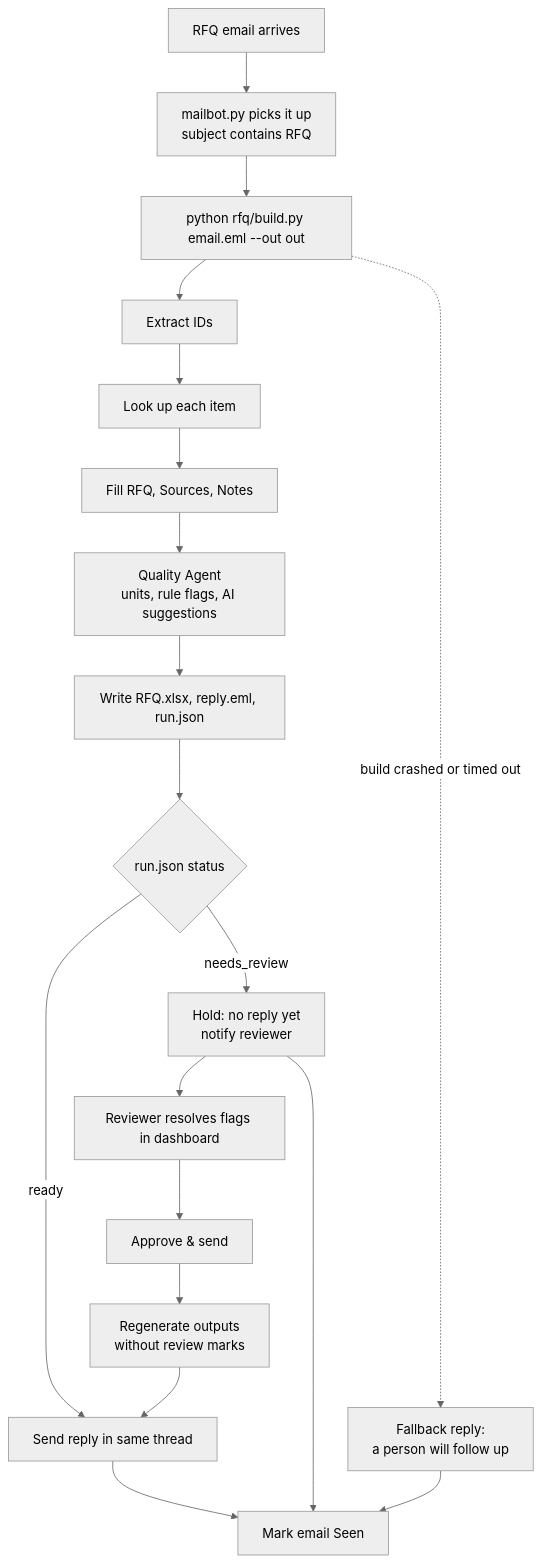
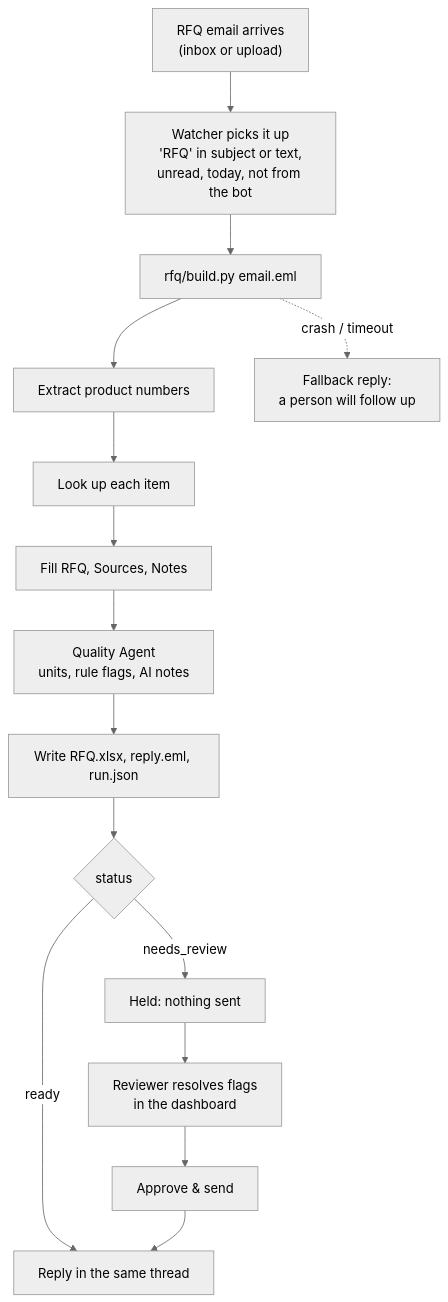
Before and after one commit to Prajwaljb/AutoRFQ: the second of 10 diagrams in document.md, drawn with Mermaid (neutral theme). The commit also changed other lines of this file and 14 other files, not shown here.

````diff
--- a/document.md
+++ b/document.md
@@ -108,21 +123,17 @@
 ```mermaid
 flowchart TD
-    A["RFQ email arrives"] --> B["mailbot.py picks it up<br/>subject contains RFQ"]
-    B --> C["python rfq/build.py email.eml --out out"]
-    C --> D["Extract IDs"]
+    A["RFQ email arrives<br/>(inbox or upload)"] --> B["Watcher picks it up<br/>'RFQ' in subject or text,<br/>unread, today, not from the bot"]
+    B --> C["rfq/build.py email.eml"]
+    C --> D["Extract product numbers"]
     D --> E["Look up each item"]
     E --> F["Fill RFQ, Sources, Notes"]
-    F --> G["Quality Agent<br/>units, rule flags, AI suggestions"]
+    F --> G["Quality Agent<br/>units, rule flags, AI notes"]
     G --> H["Write RFQ.xlsx, reply.eml, run.json"]
-    H --> I{"run.json status"}
-    I -->|ready| J["Send reply in same thread"]
-    I -->|needs_review| K["Hold: no reply yet<br/>notify reviewer"]
-    K --> L["Reviewer resolves flags in dashboard"]
+    H --> I{"status"}
+    I -->|ready| J["Reply in the same thread"]
+    I -->|needs_review| K["Held: nothing sent"]
+    K --> L["Reviewer resolves flags<br/>in the dashboard"]
     L --> M["Approve & send"]
-    M --> N["Regenerate outputs<br/>without review marks"]
-    N --> J
-    C -.->|build crashed or timed out| O["Fallback reply:<br/>a person will follow up"]
-    J --> P["Mark email Seen"]
-    K --> P
-    O --> P
+    M --> J
+    C -.->|crash / timeout| O["Fallback reply:<br/>a person will follow up"]
 ```
````
